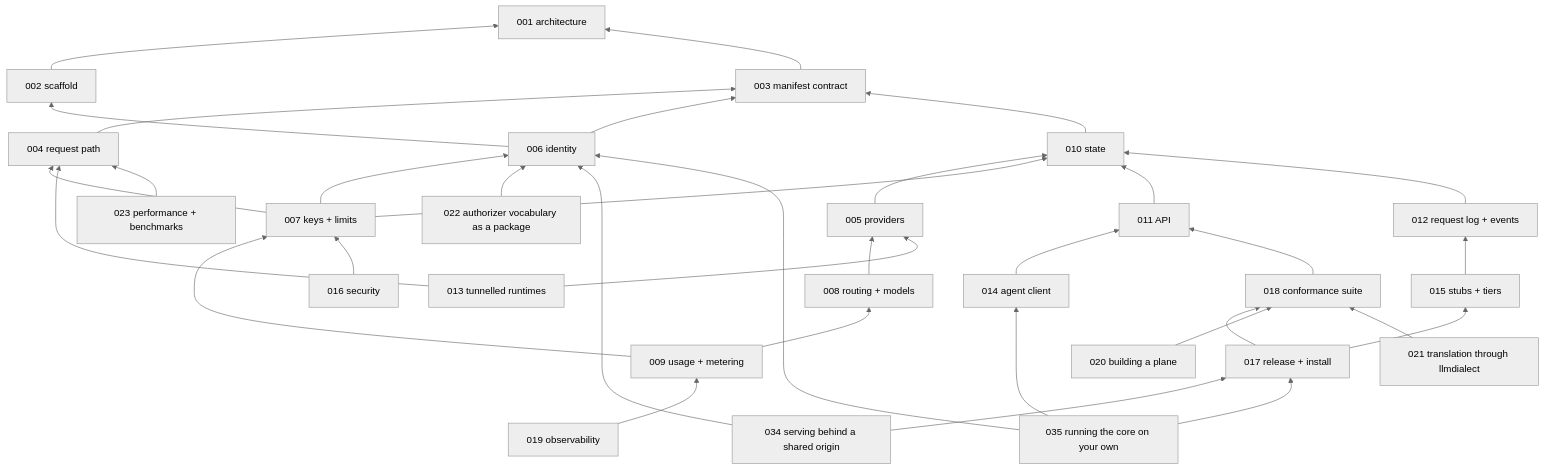
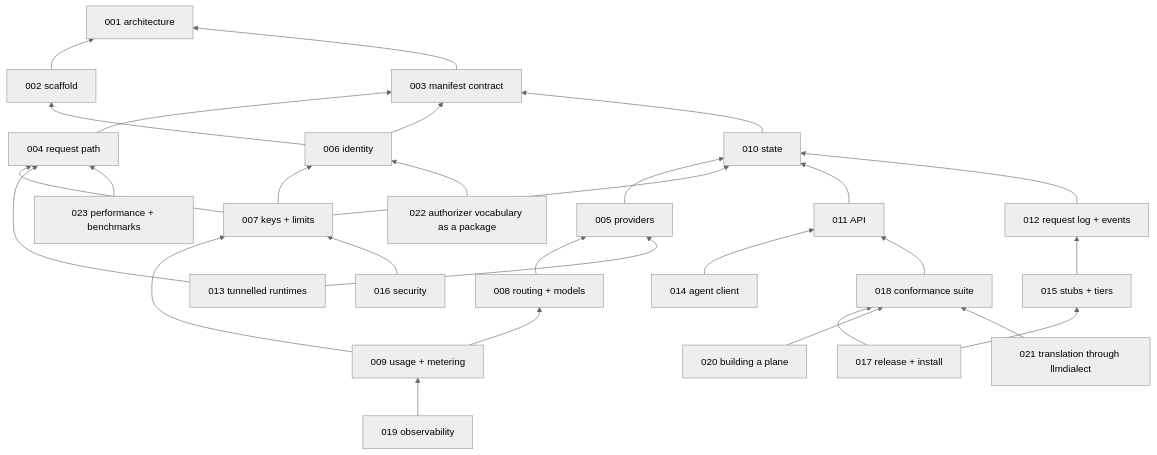
The second of 2 diagrams in specs/README.md (latere-ai/lux), drawn with Mermaid (neutral theme) before and after one commit. The commit also changed other lines of this file and 6 other files, not shown here.

````diff
--- a/specs/README.md
+++ b/specs/README.md
@@ -99,61 +99,54 @@
 ```mermaid
 flowchart BT
   S001[001 architecture]
   S002[002 scaffold]
   S003[003 manifest contract]
   S004[004 request path]
   S005[005 providers]
   S006[006 identity]
   S007[007 keys + limits]
   S008[008 routing + models]
   S009[009 usage + metering]
   S010[010 state]
   S011[011 API]
   S012[012 request log + events]
   S013[013 tunnelled runtimes]
   S014[014 agent client]
   S015[015 stubs + tiers]
   S016[016 security]
   S017[017 release + install]
   S018[018 conformance suite]
   S019[019 observability]
   S020[020 building a plane]
   S021[021 translation through llmdialect]
   S022[022 authorizer vocabulary as a package]
   S023[023 performance + benchmarks]
-  S034[034 serving behind a shared origin]
-  S035[035 running the core on your own]
   S002 --> S001
   S003 --> S001
   S004 --> S003
   S005 --> S010
   S006 --> S002
   S006 --> S003
   S007 --> S004
   S007 --> S006
   S007 --> S010
   S008 --> S005
   S009 --> S007
   S009 --> S008
   S010 --> S003
   S011 --> S010
   S012 --> S010
   S013 --> S004
   S013 --> S005
   S014 --> S011
   S015 --> S012
   S016 --> S007
   S017 --> S015
   S017 --> S018
   S018 --> S011
   S019 --> S009
   S020 --> S018
   S021 --> S018
   S022 --> S006
   S023 --> S004
-  S034 --> S006
-  S034 --> S017
-  S035 --> S006
-  S035 --> S014
-  S035 --> S017
 ```
````
